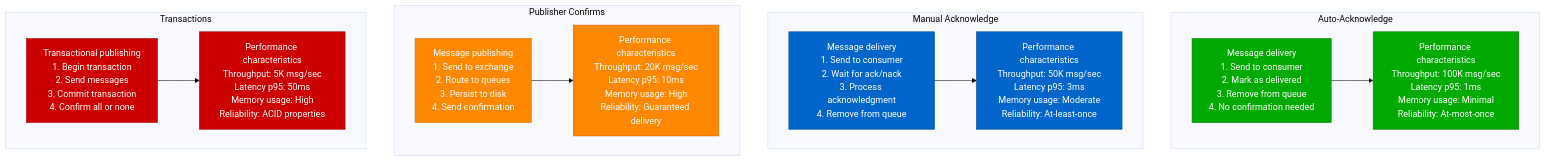
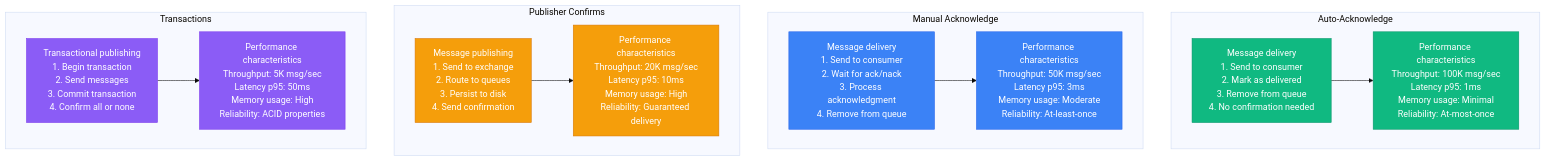
Before and after one commit to deepaucksharma/DS: the eighth of 13 diagrams in site/docs/performance/rabbitmq-performance-profile.md, drawn with Mermaid (base theme). The commit also changed other lines of this file and 303 other files, not shown here.

````diff
--- a/site/docs/performance/rabbitmq-performance-profile.md
+++ b/site/docs/performance/rabbitmq-performance-profile.md
@@ -300,44 +300,44 @@
 ```mermaid
 graph TB
     subgraph "Auto-Acknowledge"
         AUTO1[Message delivery<br/>1. Send to consumer<br/>2. Mark as delivered<br/>3. Remove from queue<br/>4. No confirmation needed]
 
         AUTO2[Performance characteristics<br/>Throughput: 100K msg/sec<br/>Latency p95: 1ms<br/>Memory usage: Minimal<br/>Reliability: At-most-once]
 
         AUTO1 --> AUTO2
     end
 
     subgraph "Manual Acknowledge"
         MANUAL1[Message delivery<br/>1. Send to consumer<br/>2. Wait for ack/nack<br/>3. Process acknowledgment<br/>4. Remove from queue]
 
         MANUAL2[Performance characteristics<br/>Throughput: 50K msg/sec<br/>Latency p95: 3ms<br/>Memory usage: Moderate<br/>Reliability: At-least-once]
 
         MANUAL1 --> MANUAL2
     end
 
     subgraph "Publisher Confirms"
         PUB_CONFIRM1[Message publishing<br/>1. Send to exchange<br/>2. Route to queues<br/>3. Persist to disk<br/>4. Send confirmation]
 
         PUB_CONFIRM2[Performance characteristics<br/>Throughput: 20K msg/sec<br/>Latency p95: 10ms<br/>Memory usage: High<br/>Reliability: Guaranteed delivery]
 
         PUB_CONFIRM1 --> PUB_CONFIRM2
     end
 
     subgraph "Transactions"
         TXN1[Transactional publishing<br/>1. Begin transaction<br/>2. Send messages<br/>3. Commit transaction<br/>4. Confirm all or none]
 
         TXN2[Performance characteristics<br/>Throughput: 5K msg/sec<br/>Latency p95: 50ms<br/>Memory usage: High<br/>Reliability: ACID properties]
 
         TXN1 --> TXN2
     end
 
-    classDef autoStyle fill:#00AA00,stroke:#007700,color:#fff
-    classDef manualStyle fill:#0066CC,stroke:#004499,color:#fff
-    classDef confirmStyle fill:#FF8800,stroke:#CC6600,color:#fff
-    classDef txnStyle fill:#CC0000,stroke:#990000,color:#fff
+    classDef autoStyle fill:#10B981,stroke:#059669,color:#fff
+    classDef manualStyle fill:#3B82F6,stroke:#2563EB,color:#fff
+    classDef confirmStyle fill:#F59E0B,stroke:#D97706,color:#fff
+    classDef txnStyle fill:#8B5CF6,stroke:#7C3AED,color:#fff
 
     class AUTO1,AUTO2 autoStyle
     class MANUAL1,MANUAL2 manualStyle
     class PUB_CONFIRM1,PUB_CONFIRM2 confirmStyle
     class TXN1,TXN2 txnStyle
 ```
````
